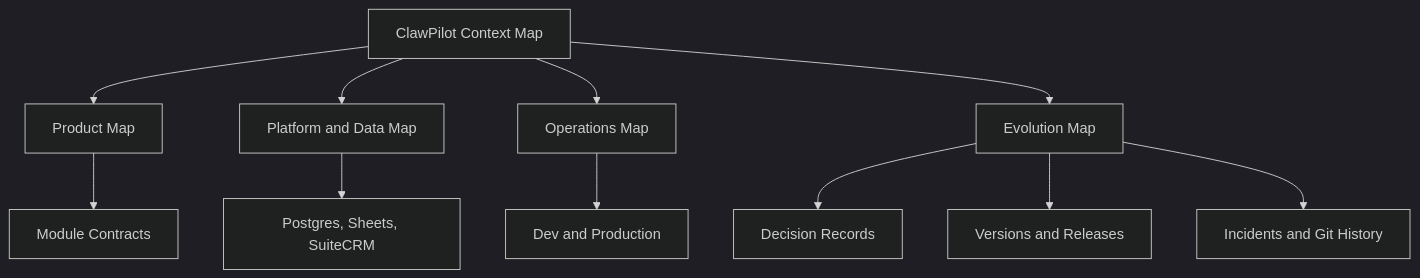
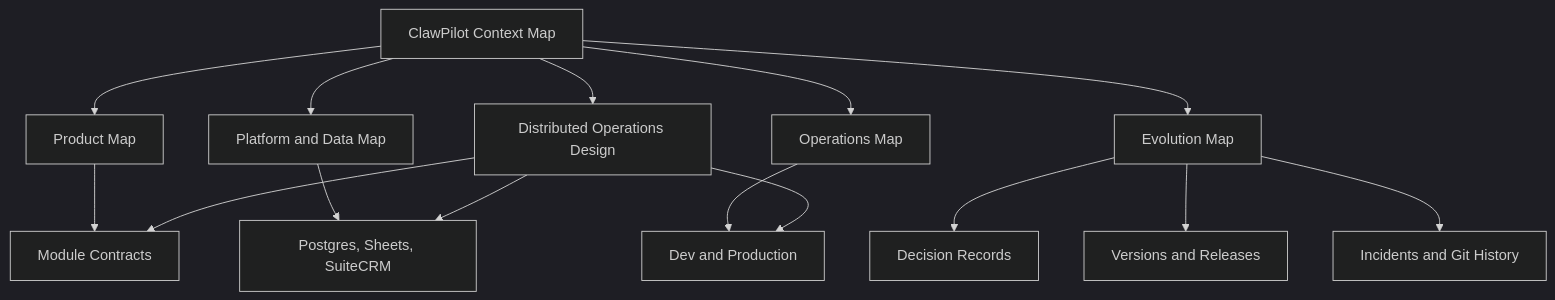
Before and after one commit to jarrettcrosby/clawpilot: the diagram in docs/maps/context-map.md, drawn with Mermaid (dark theme). The commit also changed other lines of this file and 35 other files, not shown here.

Commit message:
feat: add distributed operations foundation

````diff
--- a/docs/maps/context-map.md
+++ b/docs/maps/context-map.md
@@ -26,13 +27,17 @@
 ```mermaid
 flowchart TD
   Context[ClawPilot Context Map] --> Product[Product Map]
   Context --> Platform[Platform and Data Map]
   Context --> Operations[Operations Map]
   Context --> Evolution[Evolution Map]
+  Context --> Distributed[Distributed Operations Design]
   Product --> Modules[Module Contracts]
   Platform --> Data[Postgres, Sheets, SuiteCRM]
   Operations --> Runtime[Dev and Production]
   Evolution --> Decisions[Decision Records]
   Evolution --> Releases[Versions and Releases]
   Evolution --> Evidence[Incidents and Git History]
+  Distributed --> Modules
+  Distributed --> Data
+  Distributed --> Runtime
 ```
````
